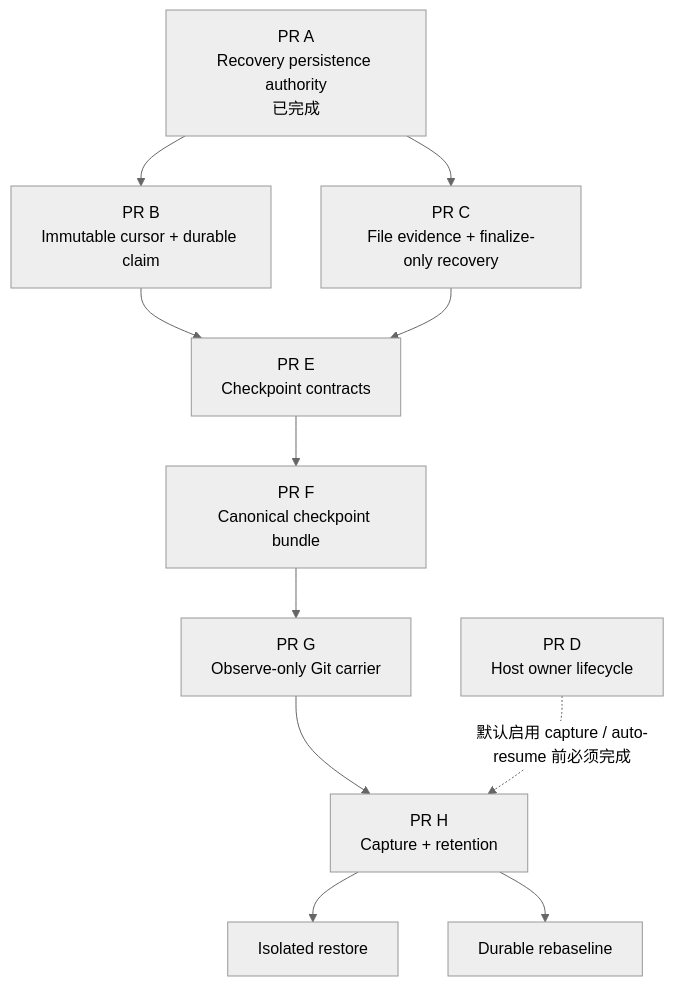
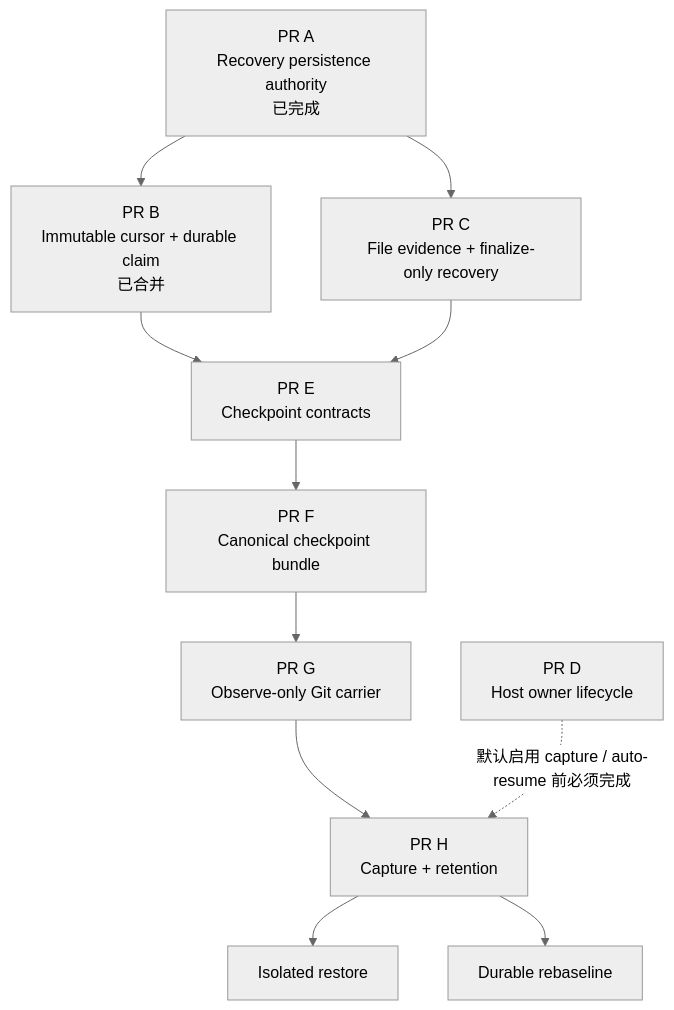
One commit to apache/maka changed diagram 13 of 13 in docs/architecture/runtime-resume-architecture.zh-CN.md. Above: the diagram before and after it, drawn with Mermaid (neutral theme). The commit also changed 2 other files, not shown here.

Commit message:
docs: fix the phase0 future-work attribution and sync the zh flowchart
The former future work this contract narrated was the SQLite tool journal,
not the RuntimeEvent store; phase0 now says it runs against the canonical
SQLite RuntimeEvent store with the tool journal since landed. The zh flowchart
gains the merged status label its EN counterpart has, and phase0/phase1 move
last_verified into front matter.

````diff
--- a/docs/architecture/runtime-resume-architecture.zh-CN.md
+++ b/docs/architecture/runtime-resume-architecture.zh-CN.md
@@ -858,13 +858,13 @@
 ```mermaid
 flowchart TD
-  A["PR A<br/>Recovery persistence authority<br/>已完成"] --> B["PR B<br/>Immutable cursor + durable claim"]
+  A["PR A<br/>Recovery persistence authority<br/>已完成"] --> B["PR B<br/>Immutable cursor + durable claim<br/>已合并"]
   A --> C["PR C<br/>File evidence + finalize-only recovery"]
   B --> E["PR E<br/>Checkpoint contracts"]
   C --> E
   E --> F["PR F<br/>Canonical checkpoint bundle"]
   F --> G["PR G<br/>Observe-only Git carrier"]
   G --> H["PR H<br/>Capture + retention"]
   H --> Restore["Isolated restore"]
   H --> Rebaseline["Durable rebaseline"]
   D["PR D<br/>Host owner lifecycle"] -. "默认启用 capture / auto-resume 前必须完成" .-> H
 ```
````
